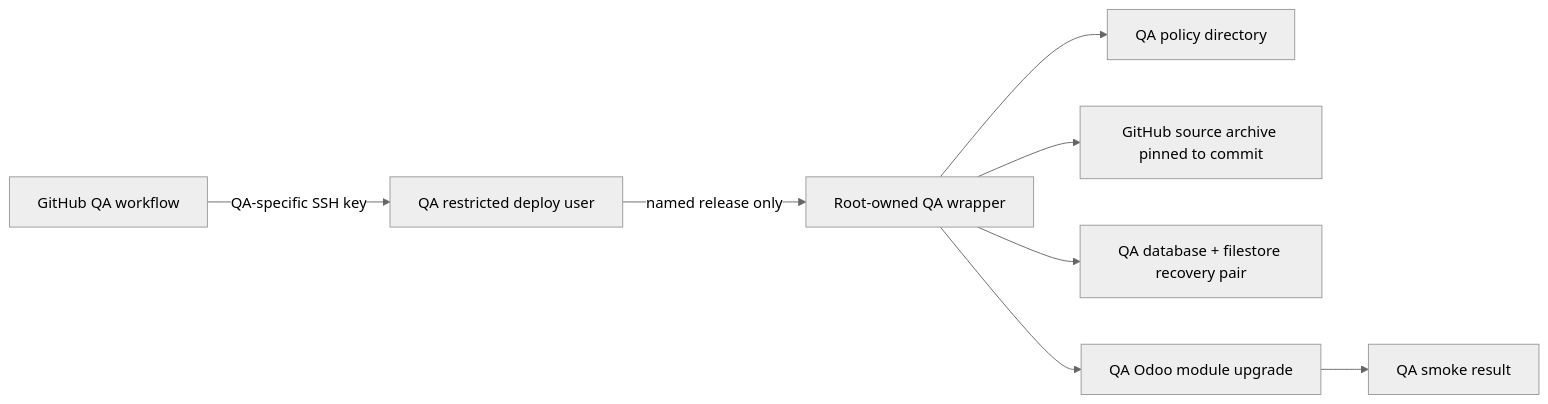
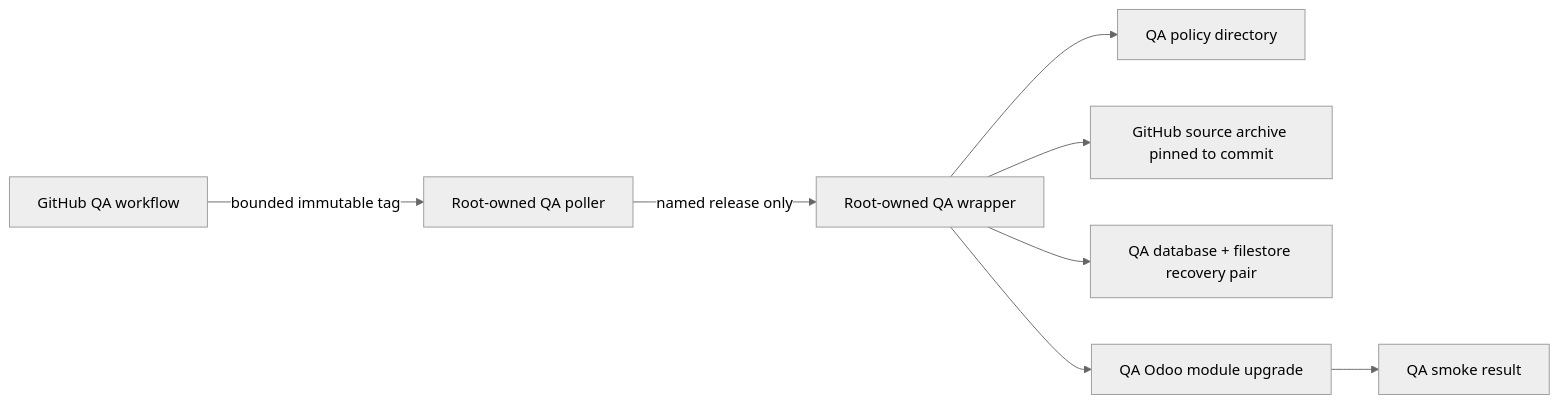
One commit to hajrix01-star/abroj-baseer-production changed the diagram in docs/build-governance/QA-GITHUB-DEPLOYMENT.md. Above: the diagram before and after it, drawn with Mermaid (neutral theme). The commit also changed other lines of this file and 10 other files, not shown here.

````diff
--- a/docs/build-governance/QA-GITHUB-DEPLOYMENT.md
+++ b/docs/build-governance/QA-GITHUB-DEPLOYMENT.md
@@ -60,10 +63,10 @@
 ```mermaid
 flowchart LR
-  A[GitHub QA workflow] -->|QA-specific SSH key| B[QA restricted deploy user]
+  A[GitHub QA workflow] -->|bounded immutable tag| B[Root-owned QA poller]
   B -->|named release only| C[Root-owned QA wrapper]
   C --> D[QA policy directory]
   C --> E[GitHub source archive pinned to commit]
   C --> F[QA database + filestore recovery pair]
   C --> G[QA Odoo module upgrade]
   G --> H[QA smoke result]
 ```
````
